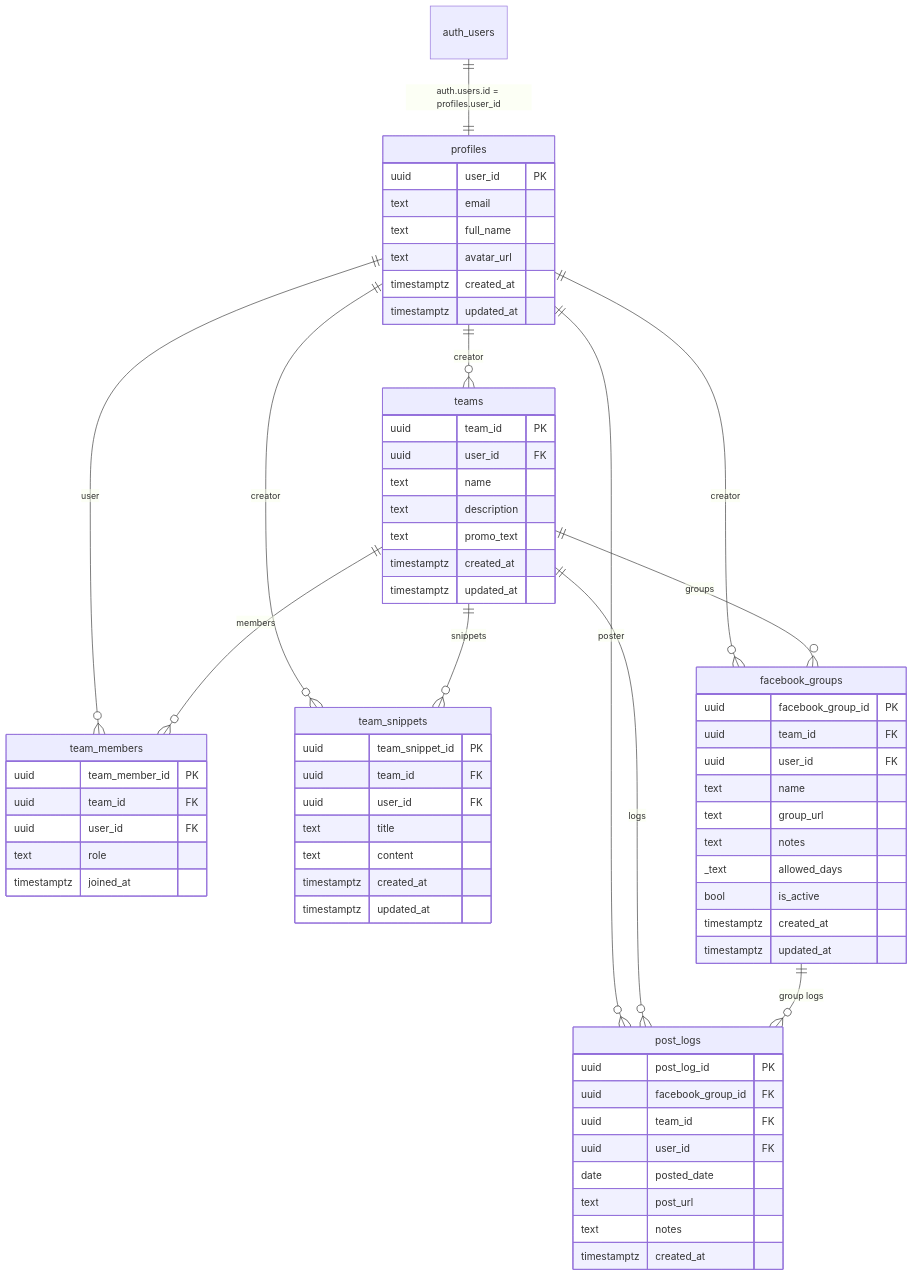
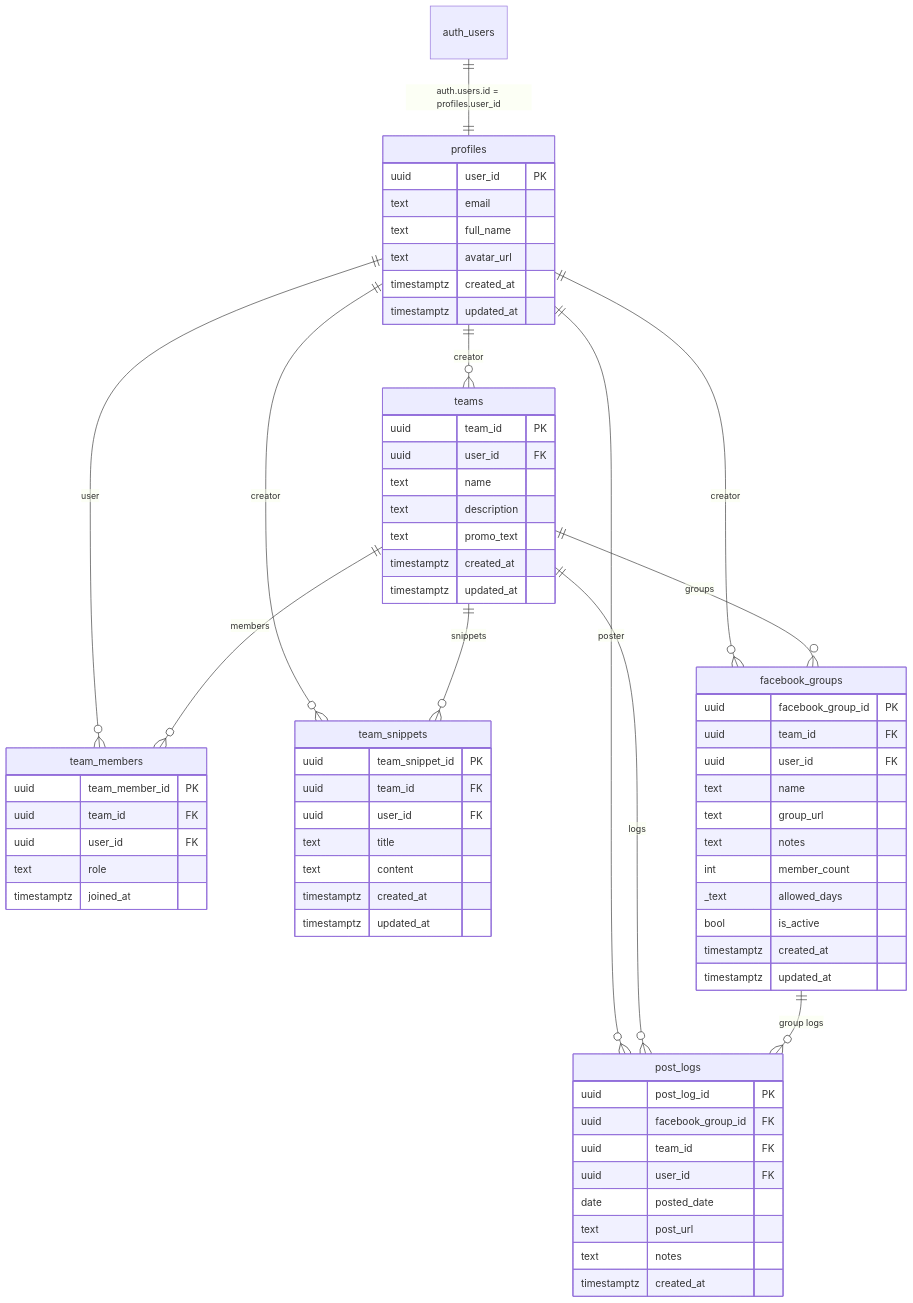
Before and after one commit to anonymous-basenji/promotify: the diagram in GEMINI.md, drawn with Mermaid. The commit also changed other lines of this file and 6 other files, not shown here.

````diff
--- a/GEMINI.md
+++ b/GEMINI.md
@@ -29,77 +29,78 @@
 ```mermaid
 erDiagram
     auth_users ||--|| profiles : "auth.users.id = profiles.user_id"
     profiles ||--o{ teams : "creator"
     profiles ||--o{ team_members : "user"
     profiles ||--o{ team_snippets : "creator"
     profiles ||--o{ facebook_groups : "creator"
     profiles ||--o{ post_logs : "poster"
 
     teams ||--o{ team_members : "members"
     teams ||--o{ team_snippets : "snippets"
     teams ||--o{ facebook_groups : "groups"
     teams ||--o{ post_logs : "logs"
 
     facebook_groups ||--o{ post_logs : "group logs"
 
     profiles {
         uuid user_id PK
         text email
         text full_name
         text avatar_url
         timestamptz created_at
         timestamptz updated_at
     }
 
     teams {
         uuid team_id PK
         uuid user_id FK
         text name
         text description
         text promo_text
         timestamptz created_at
         timestamptz updated_at
     }
 
     team_members {
         uuid team_member_id PK
         uuid team_id FK
         uuid user_id FK
         text role
         timestamptz joined_at
     }
 
     team_snippets {
         uuid team_snippet_id PK
         uuid team_id FK
         uuid user_id FK
         text title
         text content
         timestamptz created_at
         timestamptz updated_at
     }
 
     facebook_groups {
         uuid facebook_group_id PK
         uuid team_id FK
         uuid user_id FK
         text name
         text group_url
         text notes
+        int member_count
         _text allowed_days
         bool is_active
         timestamptz created_at
         timestamptz updated_at
     }
 
     post_logs {
         uuid post_log_id PK
         uuid facebook_group_id FK
         uuid team_id FK
         uuid user_id FK
         date posted_date
         text post_url
         text notes
         timestamptz created_at
     }
 ```
````
